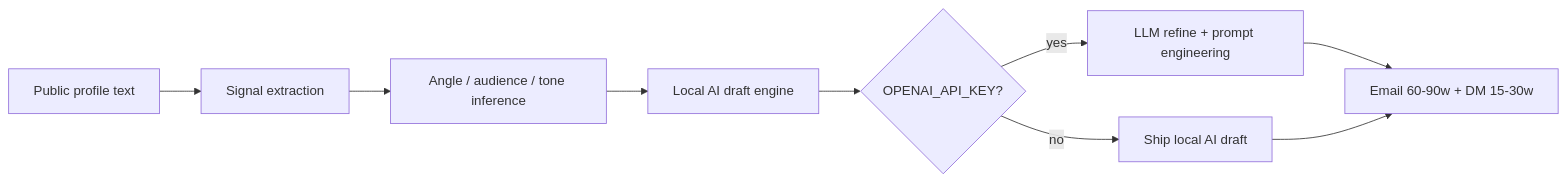
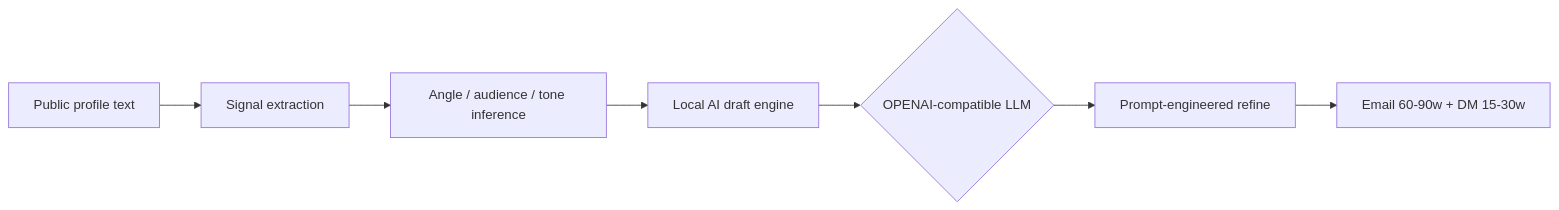
One commit to nishant-uxs/edxso-influencer-outreach changed the first of 7 diagrams in README.md. Above: the diagram before and after it, drawn with Mermaid. The commit also changed other lines of this file and 14 other files, not shown here.

Commit message:
feat: LLM-refine all 54 messages with Gemini and refresh README/demo

````diff
--- a/README.md
+++ b/README.md
@@ -12,11 +12,9 @@
 ```mermaid
 flowchart LR
   A[Public profile text] --> B[Signal extraction]
   B --> C[Angle / audience / tone inference]
   C --> D[Local AI draft engine]
-  D --> E{OPENAI_API_KEY?}
-  E -->|yes| F[LLM refine + prompt engineering]
-  E -->|no| G[Ship local AI draft]
+  D --> E{OPENAI-compatible LLM}
+  E --> F[Prompt-engineered refine]
   F --> H[Email 60-90w + DM 15-30w]
-  G --> H
 ```
````
